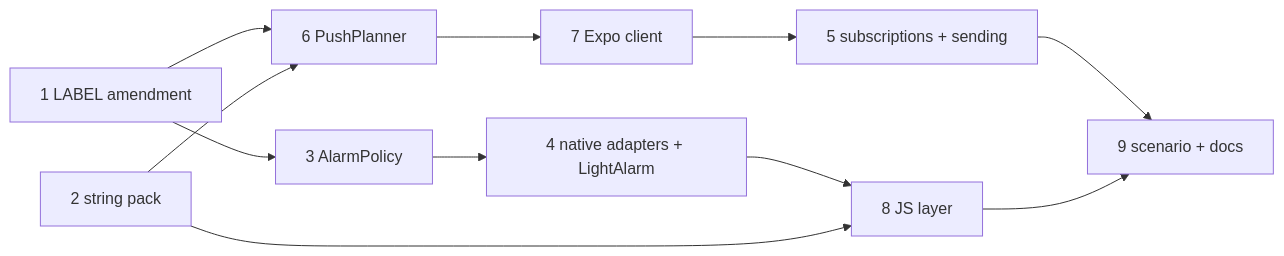
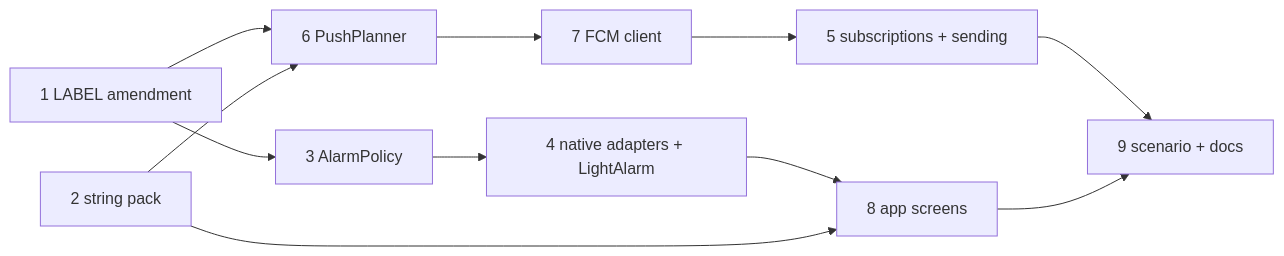
The diagram in .kiro/specs/alerts-and-light-alarm/tasks.md (3akare/outage), drawn with Mermaid before and after one commit. The commit also changed other lines of this file and 108 other files, not shown here.

Commit message:
refactor(stack): move the app to native Kotlin, remove Expo/React Native/EAS, add Gradle probe and CI [spec:all task:adr-0012]

````diff
--- a/.kiro/specs/alerts-and-light-alarm/tasks.md
+++ b/.kiro/specs/alerts-and-light-alarm/tasks.md
@@ -55,13 +55,13 @@
 ```mermaid
 graph LR
     T1[1 LABEL amendment] --> T3[3 AlarmPolicy]
     T1 --> T6[6 PushPlanner]
     T2[2 string pack] --> T6
     T3 --> T4[4 native adapters + LightAlarm]
-    T6 --> T7[7 Expo client]
+    T6 --> T7[7 FCM client]
     T7 --> T5[5 subscriptions + sending]
-    T4 --> T8[8 JS layer]
+    T4 --> T8[8 app screens]
     T2 --> T8
     T5 --> T9[9 scenario + docs]
     T8 --> T9
 ```
````
